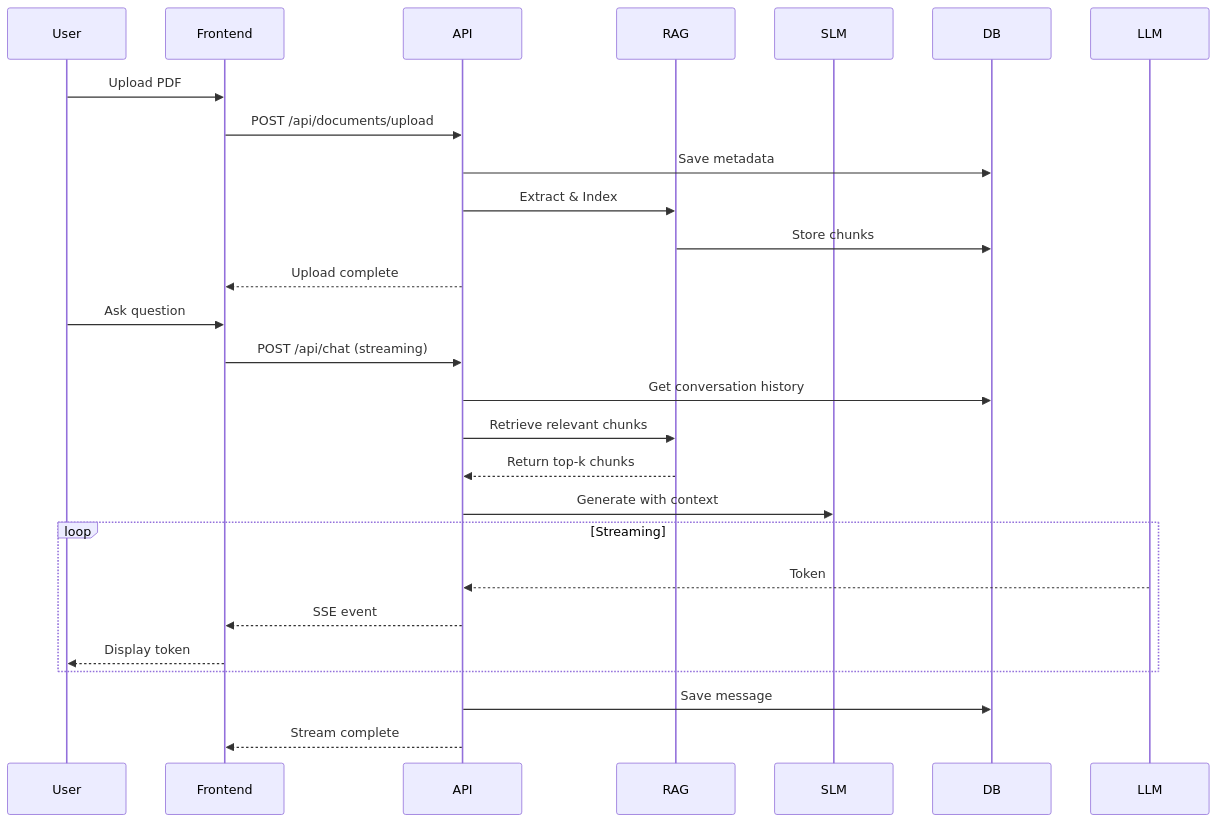
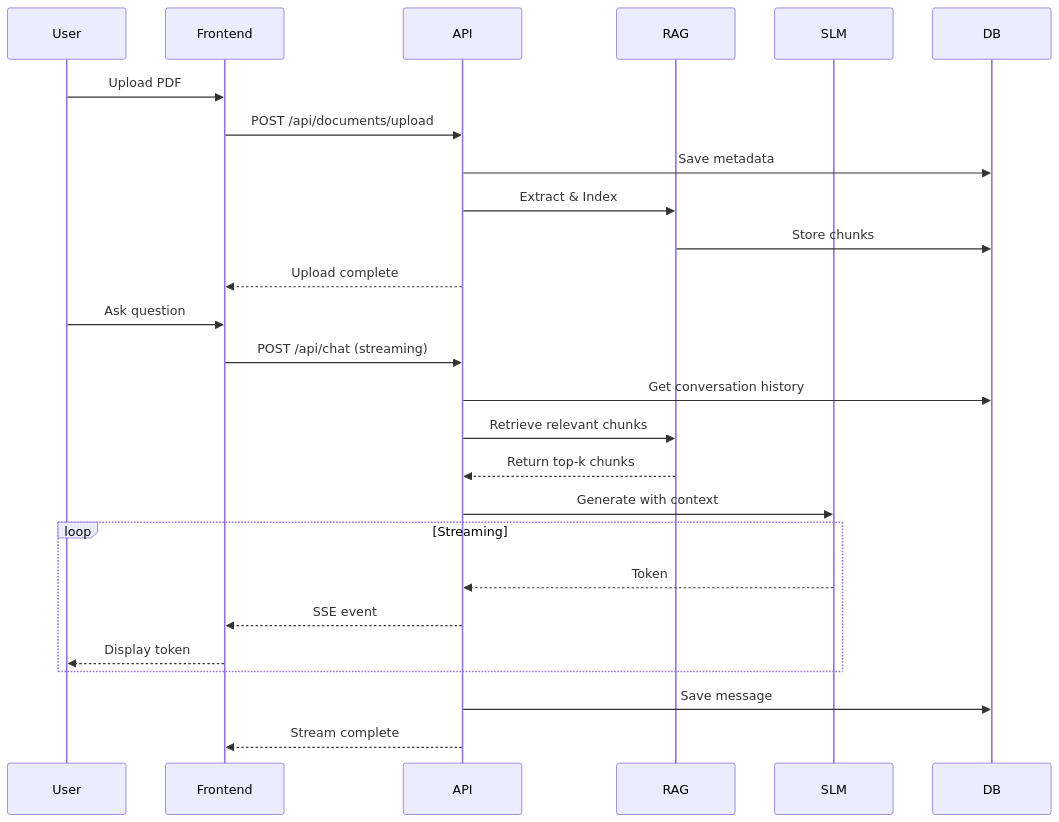
The second of 3 diagrams in README.md (HieuAI2005/DocBot), drawn with Mermaid before and after one commit.

````diff
--- a/README.md
+++ b/README.md
@@ -108,32 +108,32 @@
 ```mermaid
 sequenceDiagram
     participant User
     participant Frontend
     participant API
     participant RAG
     participant SLM
     participant DB
 
     User->>Frontend: Upload PDF
     Frontend->>API: POST /api/documents/upload
     API->>DB: Save metadata
     API->>RAG: Extract & Index
     RAG->>DB: Store chunks
     API-->>Frontend: Upload complete
 
     User->>Frontend: Ask question
     Frontend->>API: POST /api/chat (streaming)
     API->>DB: Get conversation history
     API->>RAG: Retrieve relevant chunks
     RAG-->>API: Return top-k chunks
     API->>SLM: Generate with context
     
     loop Streaming
-        LLM-->>API: Token
+        SLM-->>API: Token
         API-->>Frontend: SSE event
         Frontend-->>User: Display token
     end
     
     API->>DB: Save message
     API-->>Frontend: Stream complete
 ```
````
